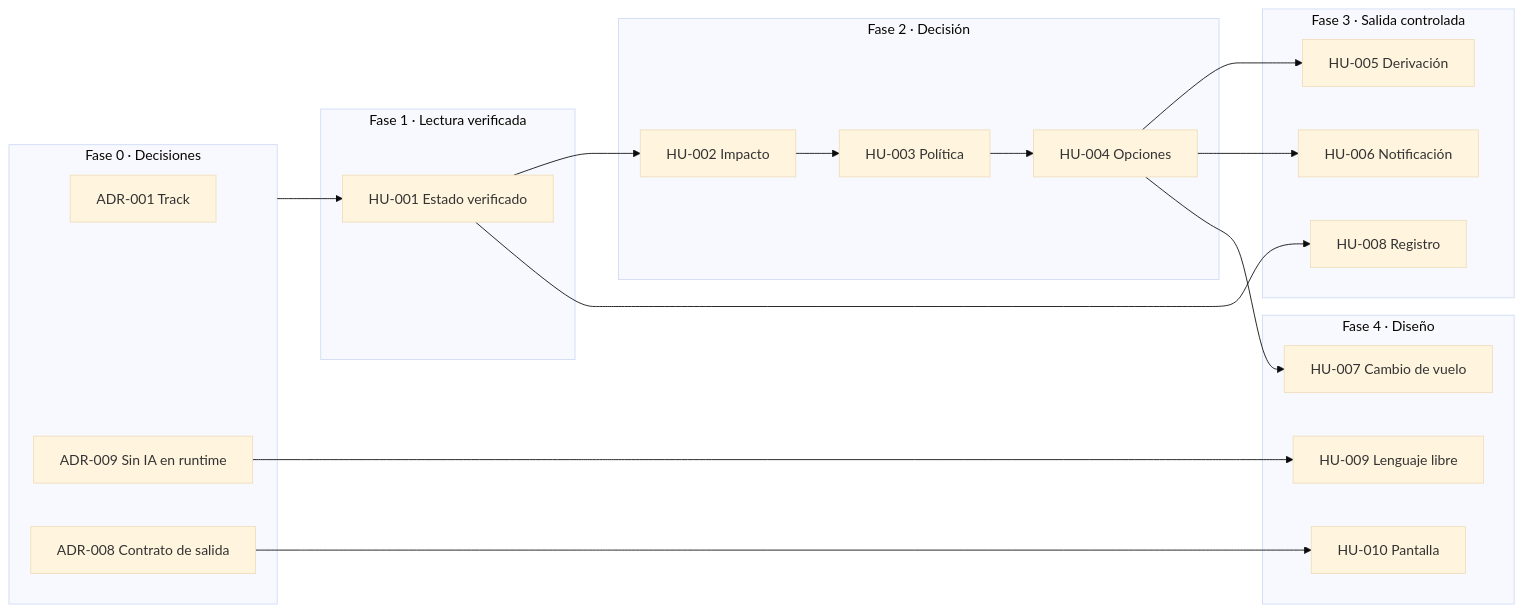
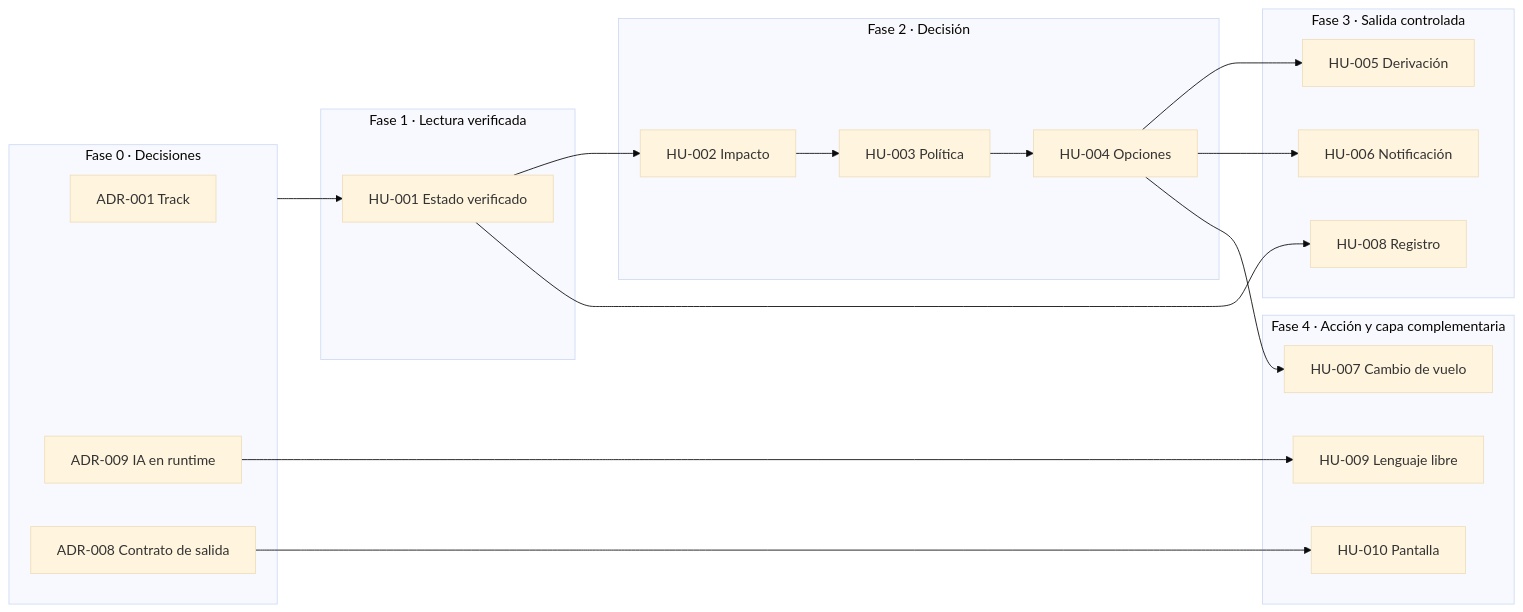
Before and after one commit to AgustinRubilarDiaz/disruption-companion: the diagram in Docs/epica/EP-01-asistencia-ante-modificacion-de-vuelo.md, drawn with Mermaid (base theme). The commit also changed other lines of this file and 75 other files, not shown here.

First line of the commit message:
docs(brain): Fase B — el Brain manda, ADR-003…008, diagramas y CLAUDE.md por componente

````diff
--- a/Docs/epica/EP-01-asistencia-ante-modificacion-de-vuelo.md
+++ b/Docs/epica/EP-01-asistencia-ante-modificacion-de-vuelo.md
@@ -335,32 +82,32 @@
 ```mermaid
 flowchart LR
-    subgraph F0[Fase 0 · Decisiones]
+    subgraph F0 ["Fase 0 · Decisiones"]
         A1[ADR-001 Track]
-        A2[ADR-009 Sin IA en runtime]
+        A9[ADR-009 IA en runtime]
         A8[ADR-008 Contrato de salida]
     end
-    subgraph F1[Fase 1 · Lectura verificada]
+    subgraph F1 ["Fase 1 · Lectura verificada"]
         H1[HU-001 Estado verificado]
     end
-    subgraph F2[Fase 2 · Decisión]
+    subgraph F2 ["Fase 2 · Decisión"]
         H2[HU-002 Impacto]
         H3[HU-003 Política]
         H4[HU-004 Opciones]
     end
-    subgraph F3[Fase 3 · Salida controlada]
+    subgraph F3 ["Fase 3 · Salida controlada"]
         H5[HU-005 Derivación]
         H8[HU-008 Registro]
         H6[HU-006 Notificación]
     end
-    subgraph F4[Fase 4 · Diseño]
+    subgraph F4 ["Fase 4 · Acción y capa complementaria"]
         H7[HU-007 Cambio de vuelo]
         H9[HU-009 Lenguaje libre]
         H10[HU-010 Pantalla]
     end
     F0 --> H1 --> H2 --> H3 --> H4 --> H5
     H1 --> H8
     H4 --> H6
     H4 --> H7
-    A2 --> H9
+    A9 --> H9
     A8 --> H10
 ```
````
